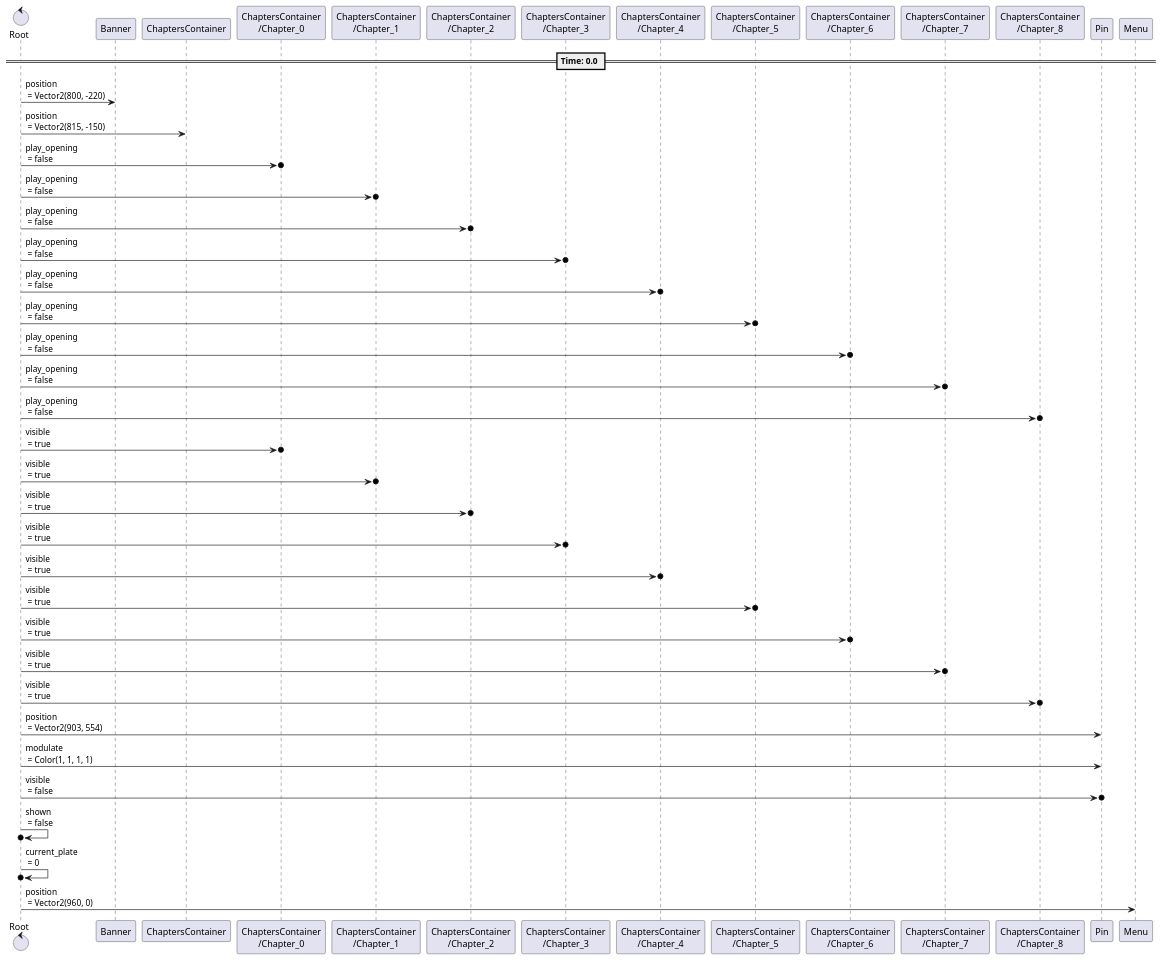
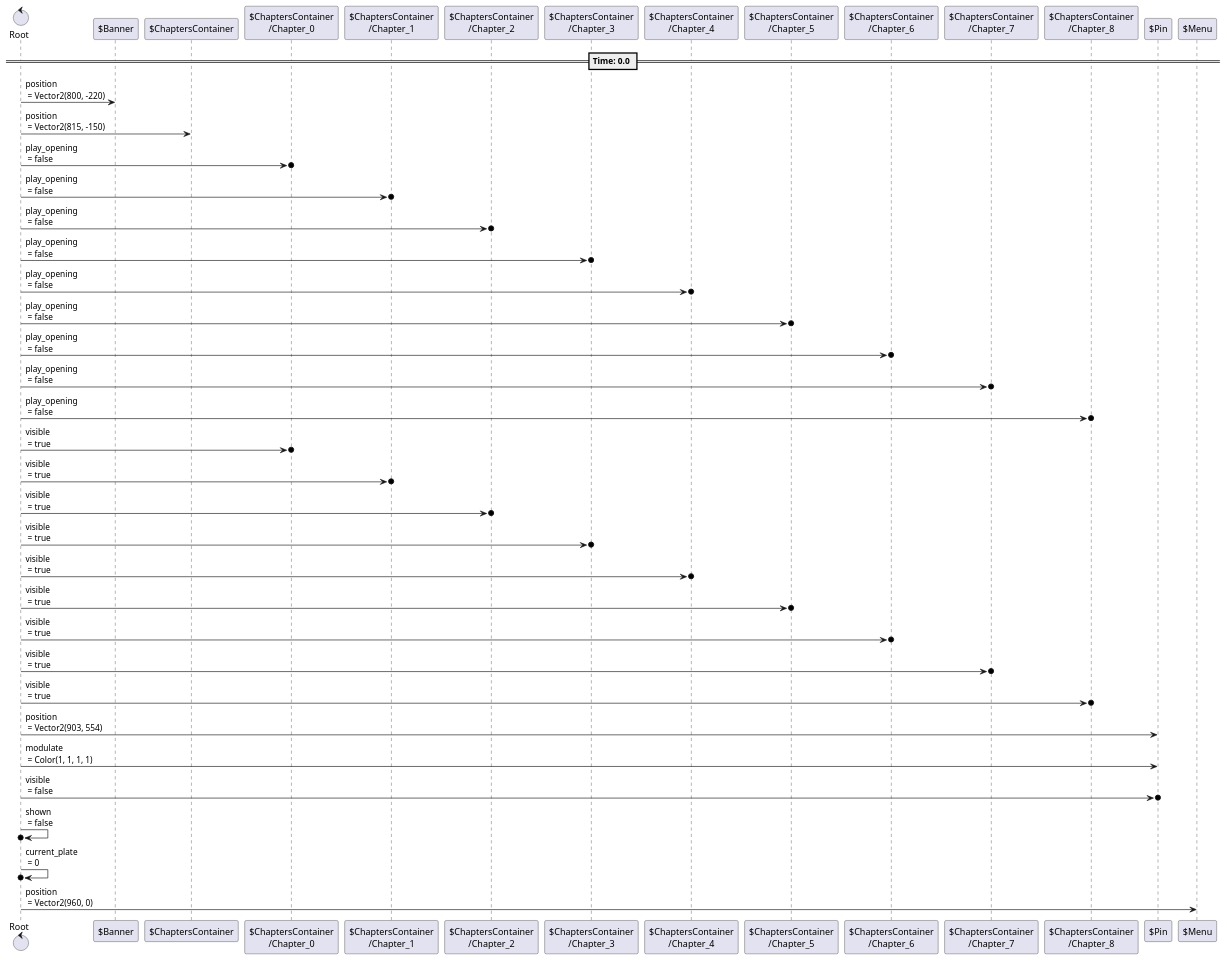
One commit to tkmfujise/Platformer-Game-Learning changed the fifth of 24 diagrams in content/scenes/src/beginning/chapters/chapters.tscn.adoc. Above: the diagram before and after it, drawn with PlantUML. The commit also changed other lines of this file and 31 other files, not shown here.

Commit message:
Add prefix $ to node name in animation sequences

```diff
--- a/content/scenes/src/beginning/chapters/chapters.tscn.adoc
+++ b/content/scenes/src/beginning/chapters/chapters.tscn.adoc
@@ -372,49 +372,49 @@
 [plantuml]
 ....
-control "Root" as Root
-participant "Banner" as T0
-participant "ChaptersContainer" as T1
-participant "ChaptersContainer\n/Chapter_0" as T2
-participant "ChaptersContainer\n/Chapter_1" as T3
-participant "ChaptersContainer\n/Chapter_2" as T4
-participant "ChaptersContainer\n/Chapter_3" as T5
-participant "ChaptersContainer\n/Chapter_4" as T6
-participant "ChaptersContainer\n/Chapter_5" as T7
-participant "ChaptersContainer\n/Chapter_6" as T8
-participant "ChaptersContainer\n/Chapter_7" as T9
-participant "ChaptersContainer\n/Chapter_8" as T10
-participant "Pin" as T20
-participant "Menu" as T25
+control "Root" as R
+participant "$Banner" as T0
+participant "$ChaptersContainer" as T1
+participant "$ChaptersContainer\n/Chapter_0" as T2
+participant "$ChaptersContainer\n/Chapter_1" as T3
+participant "$ChaptersContainer\n/Chapter_2" as T4
+participant "$ChaptersContainer\n/Chapter_3" as T5
+participant "$ChaptersContainer\n/Chapter_4" as T6
+participant "$ChaptersContainer\n/Chapter_5" as T7
+participant "$ChaptersContainer\n/Chapter_6" as T8
+participant "$ChaptersContainer\n/Chapter_7" as T9
+participant "$ChaptersContainer\n/Chapter_8" as T10
+participant "$Pin" as T20
+participant "$Menu" as T25
 
 
 
 == Time: 0.0 ==
-Root  ->  T0 : position\n = Vector2(800, -220)
-Root  ->  T1 : position\n = Vector2(815, -150)
-Root  ->o  T2 : play_opening\n = false
-Root  ->o  T3 : play_opening\n = false
-Root  ->o  T4 : play_opening\n = false
-Root  ->o  T5 : play_opening\n = false
-Root  ->o  T6 : play_opening\n = false
-Root  ->o  T7 : play_opening\n = false
-Root  ->o  T8 : play_opening\n = false
-Root  ->o  T9 : play_opening\n = false
-Root  ->o  T10 : play_opening\n = false
-Root  ->o  T2 : visible\n = true
-Root  ->o  T3 : visible\n = true
-Root  ->o  T4 : visible\n = true
-Root  ->o  T5 : visible\n = true
-Root  ->o  T6 : visible\n = true
-Root  ->o  T7 : visible\n = true
-Root  ->o  T8 : visible\n = true
-Root  ->o  T9 : visible\n = true
-Root  ->o  T10 : visible\n = true
-Root  ->  T20 : position\n = Vector2(903, 554)
-Root  ->  T20 : modulate\n = Color(1, 1, 1, 1)
-Root  ->o  T20 : visible\n = false
-Root  ->o  Root : shown\n = false
-Root  ->o  Root : current_plate\n = 0
-Root  ->  T25 : position\n = Vector2(960, 0)
+R  ->  T0 : position\n = Vector2(800, -220)
+R  ->  T1 : position\n = Vector2(815, -150)
+R  ->o  T2 : play_opening\n = false
+R  ->o  T3 : play_opening\n = false
+R  ->o  T4 : play_opening\n = false
+R  ->o  T5 : play_opening\n = false
+R  ->o  T6 : play_opening\n = false
+R  ->o  T7 : play_opening\n = false
+R  ->o  T8 : play_opening\n = false
+R  ->o  T9 : play_opening\n = false
+R  ->o  T10 : play_opening\n = false
+R  ->o  T2 : visible\n = true
+R  ->o  T3 : visible\n = true
+R  ->o  T4 : visible\n = true
+R  ->o  T5 : visible\n = true
+R  ->o  T6 : visible\n = true
+R  ->o  T7 : visible\n = true
+R  ->o  T8 : visible\n = true
+R  ->o  T9 : visible\n = true
+R  ->o  T10 : visible\n = true
+R  ->  T20 : position\n = Vector2(903, 554)
+R  ->  T20 : modulate\n = Color(1, 1, 1, 1)
+R  ->o  T20 : visible\n = false
+R  ->o  R : shown\n = false
+R  ->o  R : current_plate\n = 0
+R  ->  T25 : position\n = Vector2(960, 0)
 
 
 ....
```
